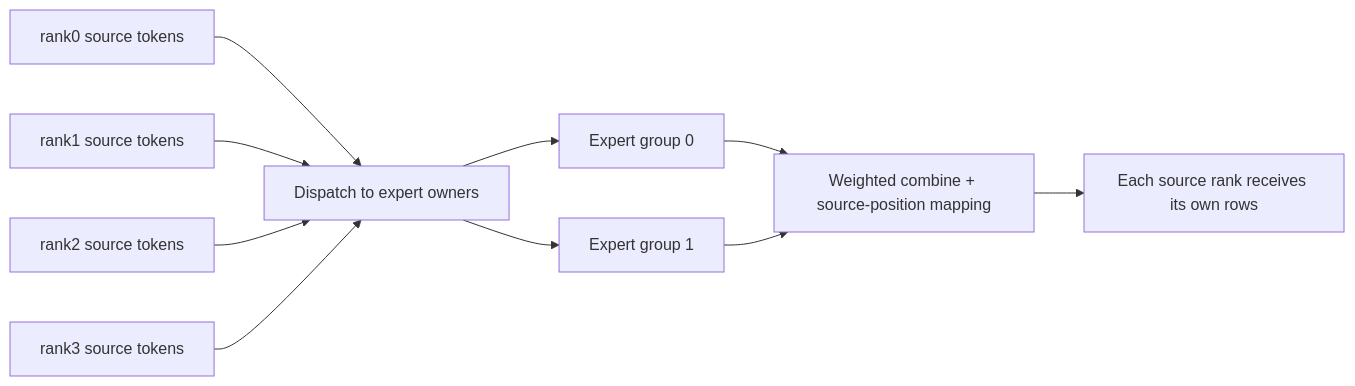
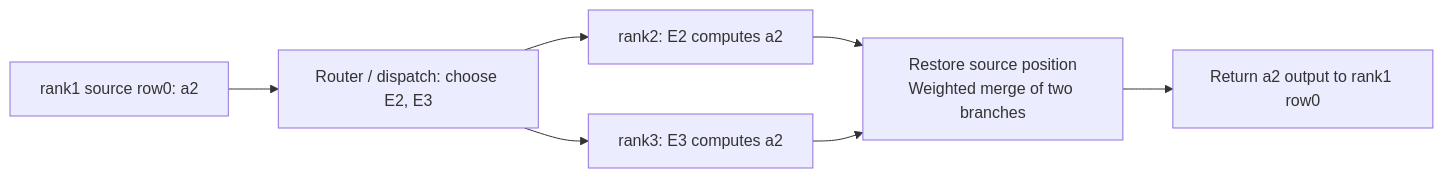
One commit to cl-vv-h/SGLang_Tutor changed the sixth of 7 diagrams in learning/en/ai-infra-basic/Parallel_Strategy/01-dp-attention-principles.md. Above: the diagram before and after it, drawn with Mermaid. The commit also changed other lines of this file and 1 other file, not shown here.

Commit message:
docs: trace DP gather and MoE token dispatch step by step

````diff
--- a/learning/en/ai-infra-basic/Parallel_Strategy/01-dp-attention-principles.md
+++ b/learning/en/ai-infra-basic/Parallel_Strategy/01-dp-attention-principles.md
@@ -426,12 +613,9 @@
 ```mermaid
 flowchart LR
-    R0["rank0 source tokens"] --> D["Dispatch to expert owners"]
-    R1["rank1 source tokens"] --> D
-    R2["rank2 source tokens"] --> D
-    R3["rank3 source tokens"] --> D
-    D --> E0["Expert group 0"]
-    D --> E1["Expert group 1"]
-    E0 --> C["Weighted combine + source-position mapping"]
-    E1 --> C
-    C --> S["Each source rank receives its own rows"]
+    A["rank1 source row0: a2"] --> D["Router / dispatch: choose E2, E3"]
+    D --> E2["rank2: E2 computes a2"]
+    D --> E3["rank3: E3 computes a2"]
+    E2 --> C["Restore source position<br/>Weighted merge of two branches"]
+    E3 --> C
+    C --> R["Return a2 output to rank1 row0"]
 ```
````
